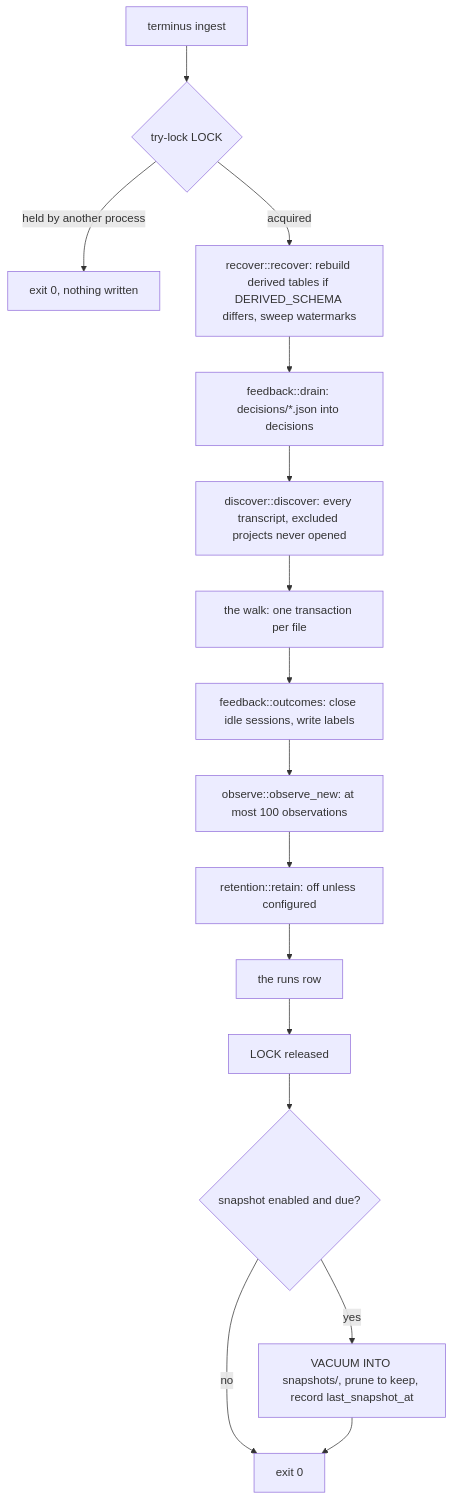
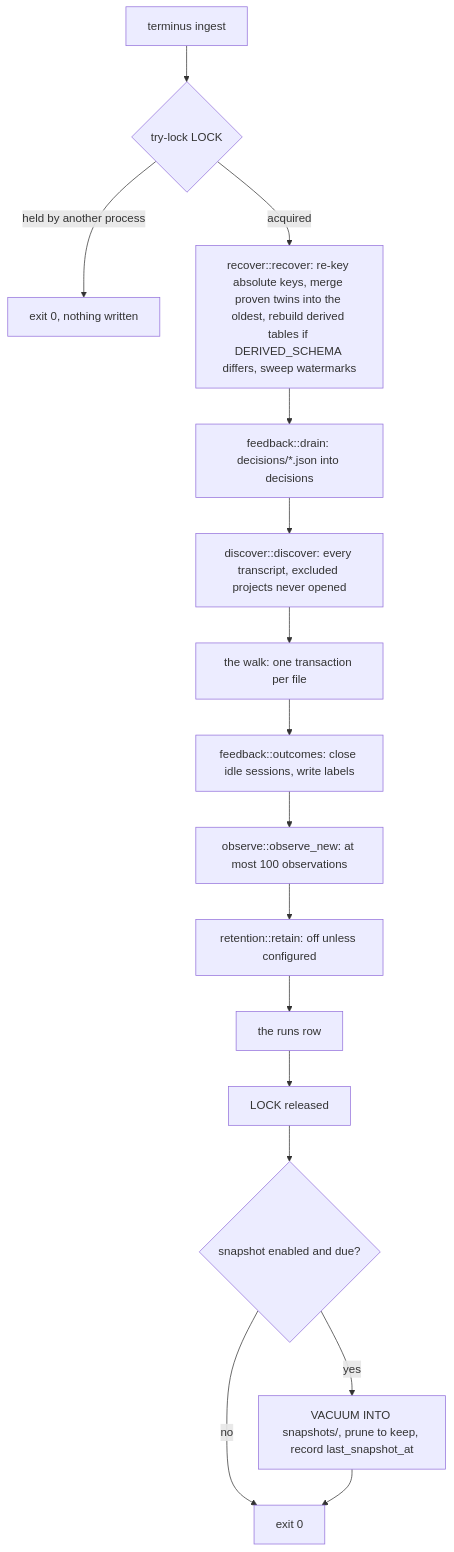
One commit to jcrenshaw-dev/terminus changed the first of 3 diagrams in docs/design/0003-ingest.md. Above: the diagram before and after it, drawn with Mermaid. The commit also changed other lines of this file and 3 other files, not shown here.

````diff
--- a/docs/design/0003-ingest.md
+++ b/docs/design/0003-ingest.md
@@ -145,18 +152,18 @@
 ```mermaid
 flowchart TD
   S["terminus ingest"] --> L{"try-lock LOCK"}
   L -->|"held by another process"| X["exit 0, nothing written"]
-  L -->|"acquired"| R["recover::recover: rebuild derived tables if DERIVED_SCHEMA differs, sweep watermarks"]
+  L -->|"acquired"| R["recover::recover: re-key absolute keys, merge proven twins into the oldest, rebuild derived tables if DERIVED_SCHEMA differs, sweep watermarks"]
   R --> D["feedback::drain: decisions/*.json into decisions"]
   D --> F["discover::discover: every transcript, excluded projects never opened"]
   F --> W["the walk: one transaction per file"]
   W --> O["feedback::outcomes: close idle sessions, write labels"]
   O --> B["observe::observe_new: at most 100 observations"]
   B --> T["retention::retain: off unless configured"]
   T --> N["the runs row"]
   N --> U["LOCK released"]
   U --> P{"snapshot enabled and due?"}
   P -->|"yes"| V["VACUUM INTO snapshots/, prune to keep, record last_snapshot_at"]
   P -->|"no"| E["exit 0"]
   V --> E
 ```
````
